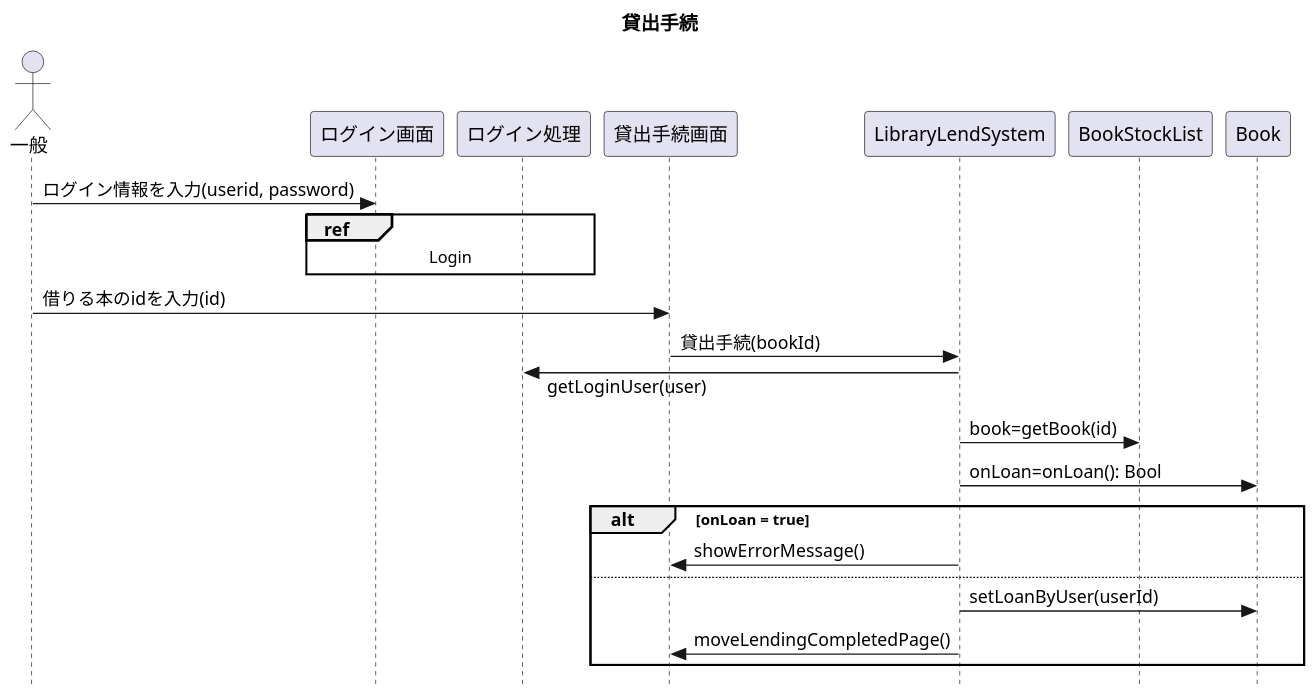
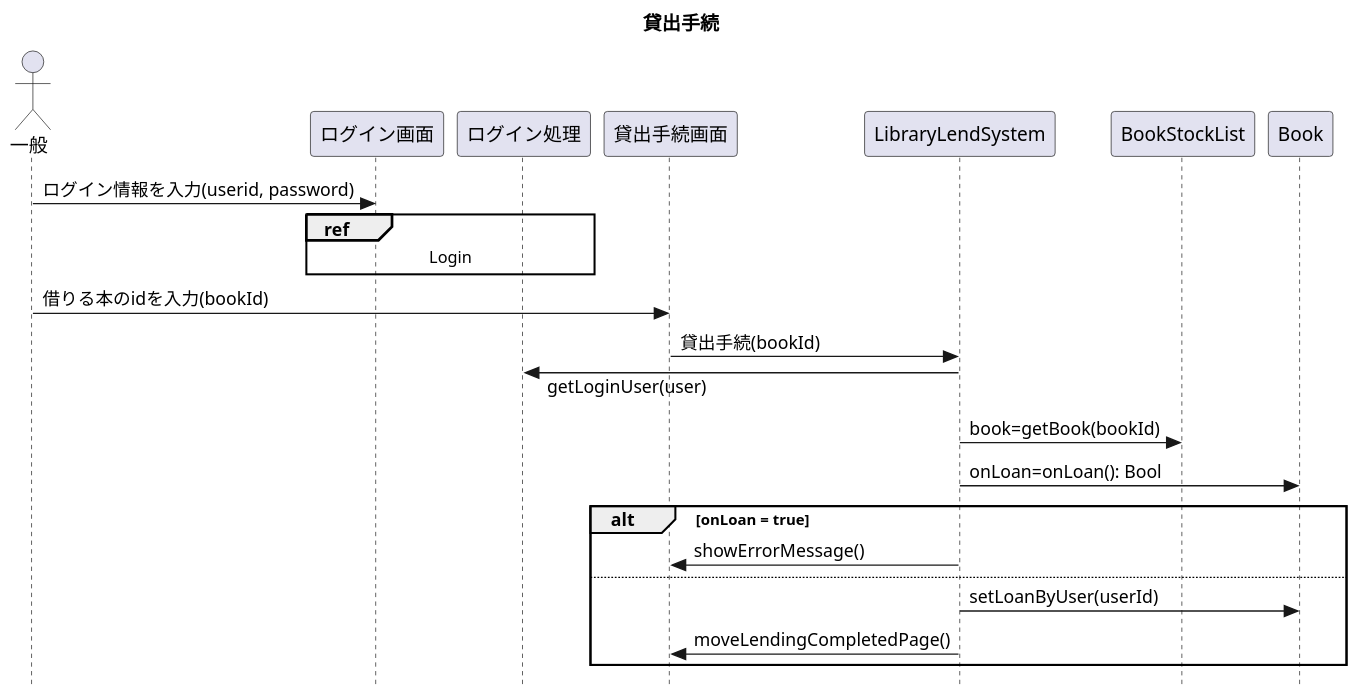
Before and after one commit to Romira915/AdvancedSoftwareEngineering3-Task: the third of 4 diagrams in sequence.pu, drawn with PlantUML. The commit also changed other lines of this file, not shown here.

```diff
--- a/sequence.pu
+++ b/sequence.pu
@@ -77,31 +77,31 @@
 @startuml 貸出手続
 
 title 貸出手続
 skinparam dpi 150
 skinparam responseMessageBelowArrow true
 skinparam style strictuml
 
 actor 一般 as user
 participant ログイン画面 as LoginDisplay
 participant ログイン処理 as LoginProcess
 participant 貸出手続画面 as LendingDisplay
 participant LibraryLendSystem
 
 user -> LoginDisplay : ログイン情報を入力(userid, password)
 ref over LoginDisplay, LoginProcess : Login
 
-user -> LendingDisplay : 借りる本のidを入力(id)
+user -> LendingDisplay : 借りる本のidを入力(bookId)
 LendingDisplay -> LibraryLendSystem : 貸出手続(bookId)
 LoginProcess <- LibraryLendSystem : getLoginUser(user)
 
-LibraryLendSystem -> BookStockList : book=getBook(id)
+LibraryLendSystem -> BookStockList : book=getBook(bookId)
 LibraryLendSystem -> Book : onLoan=onLoan(): Bool
 
 alt onLoan = true
     LibraryLendSystem -> LendingDisplay : showErrorMessage()
 else 
     LibraryLendSystem -> Book : setLoanByUser(userId)
     LibraryLendSystem -> LendingDisplay : moveLendingCompletedPage()
 end
 
 @enduml 
```
